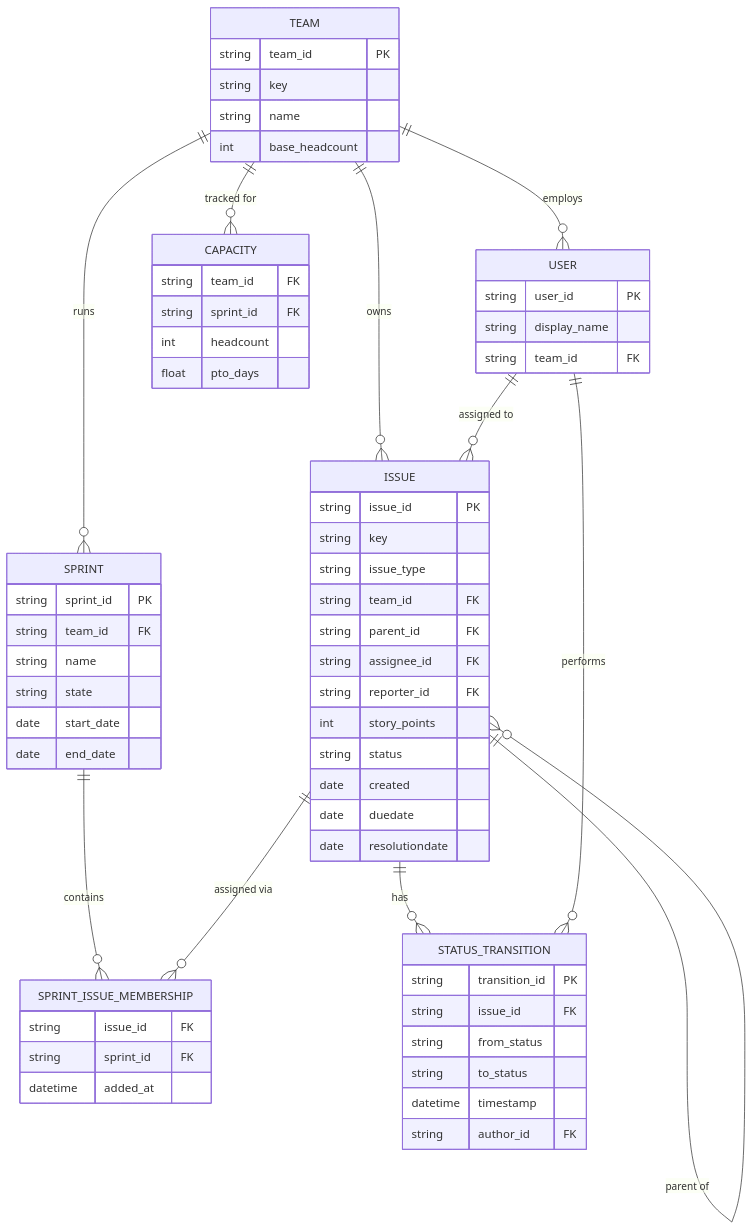
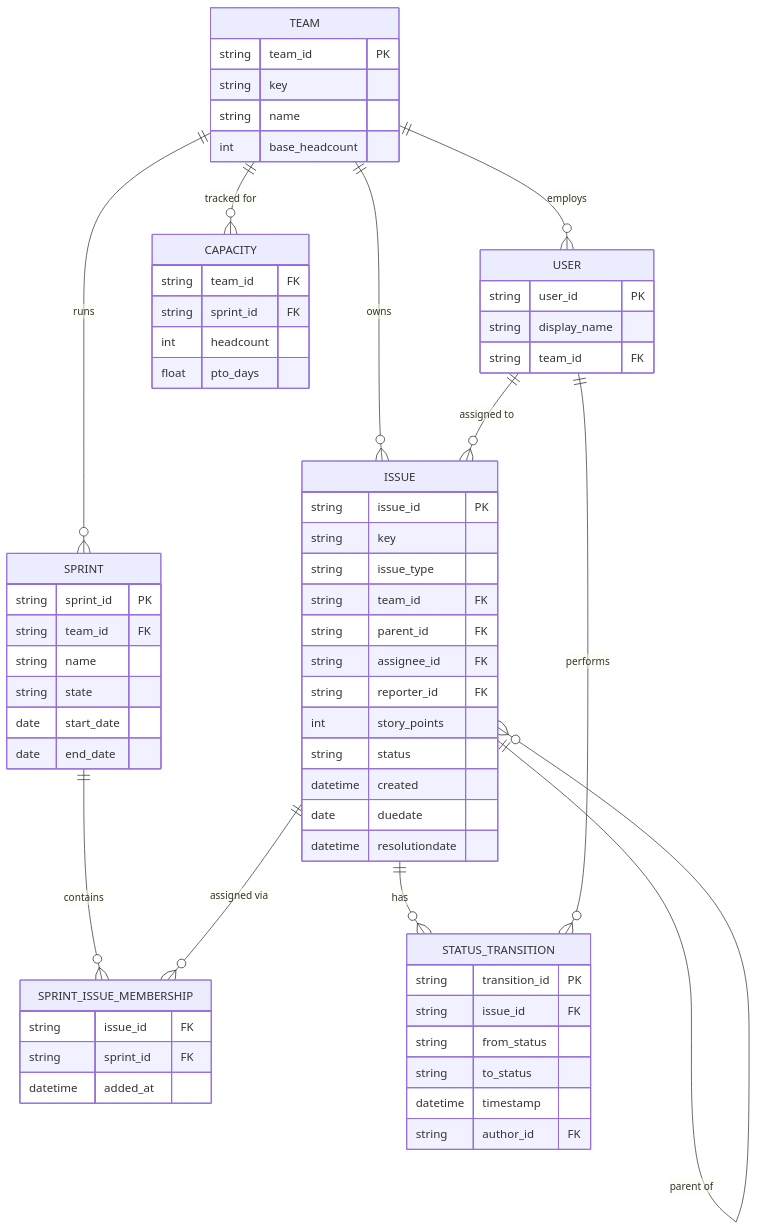
Before and after one commit to YassineBelhamadia/Agile-Analytics-Pipeline: the diagram in docs/domain-model.md, drawn with Mermaid. The commit also changed other lines of this file and 2 other files, not shown here.

Commit message:
feat(simulator): add data collector and align Issue timestamps with transitions

````diff
--- a/docs/domain-model.md
+++ b/docs/domain-model.md
@@ -13,66 +13,66 @@
 ```mermaid
 erDiagram
   TEAM ||--o{ USER : employs
   TEAM ||--o{ SPRINT : runs
   TEAM ||--o{ ISSUE : owns
   TEAM ||--o{ CAPACITY : "tracked for"
   SPRINT ||--o{ SPRINT_ISSUE_MEMBERSHIP : contains
   ISSUE ||--o{ SPRINT_ISSUE_MEMBERSHIP : "assigned via"
   ISSUE ||--o{ STATUS_TRANSITION : has
   ISSUE ||--o{ ISSUE : "parent of"
   USER ||--o{ STATUS_TRANSITION : performs
   USER ||--o{ ISSUE : "assigned to"
 
   TEAM {
     string team_id PK
     string key
     string name
     int base_headcount
   }
   USER {
     string user_id PK
     string display_name
     string team_id FK
   }
   SPRINT {
     string sprint_id PK
     string team_id FK
     string name
     string state
     date start_date
     date end_date
   }
   ISSUE {
     string issue_id PK
     string key
     string issue_type
     string team_id FK
     string parent_id FK
     string assignee_id FK
     string reporter_id FK
     int story_points
     string status
-    date created
+    datetime created
     date duedate
-    date resolutiondate
+    datetime resolutiondate
   }
   STATUS_TRANSITION {
     string transition_id PK
     string issue_id FK
     string from_status
     string to_status
     datetime timestamp
     string author_id FK
   }
   SPRINT_ISSUE_MEMBERSHIP {
     string issue_id FK
     string sprint_id FK
     datetime added_at
   }
   CAPACITY {
     string team_id FK
     string sprint_id FK
     int headcount
     float pto_days
   }
 ```
````
